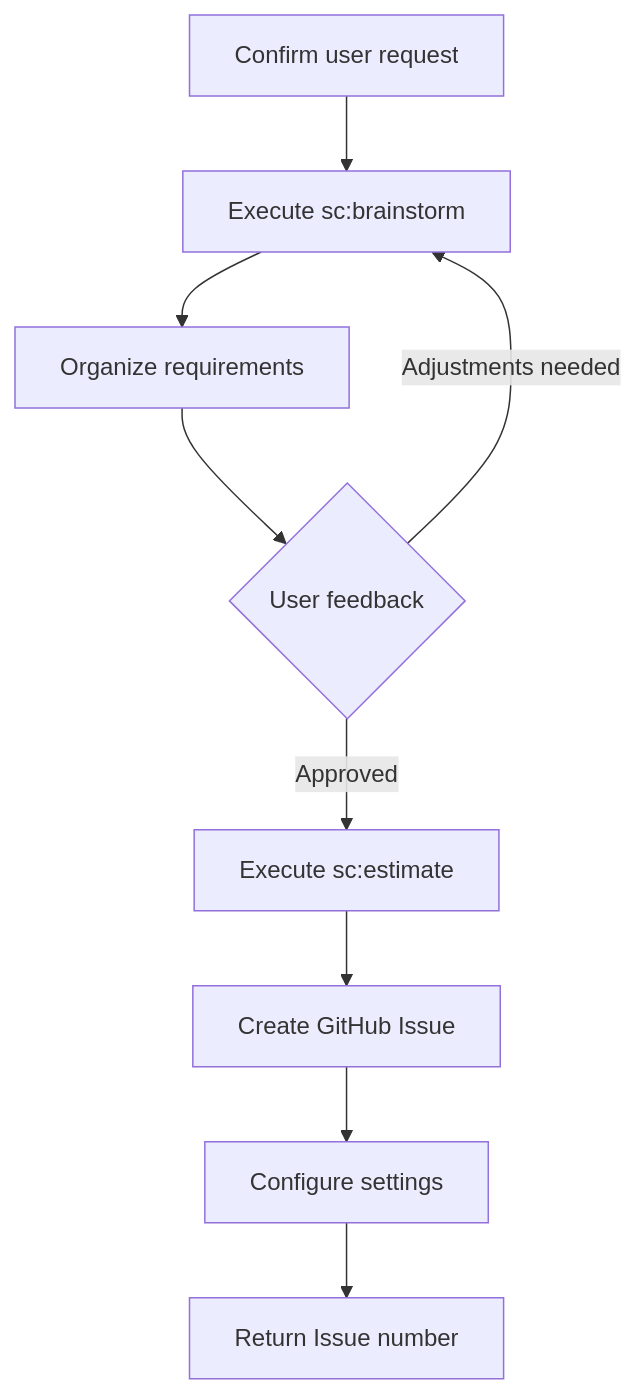
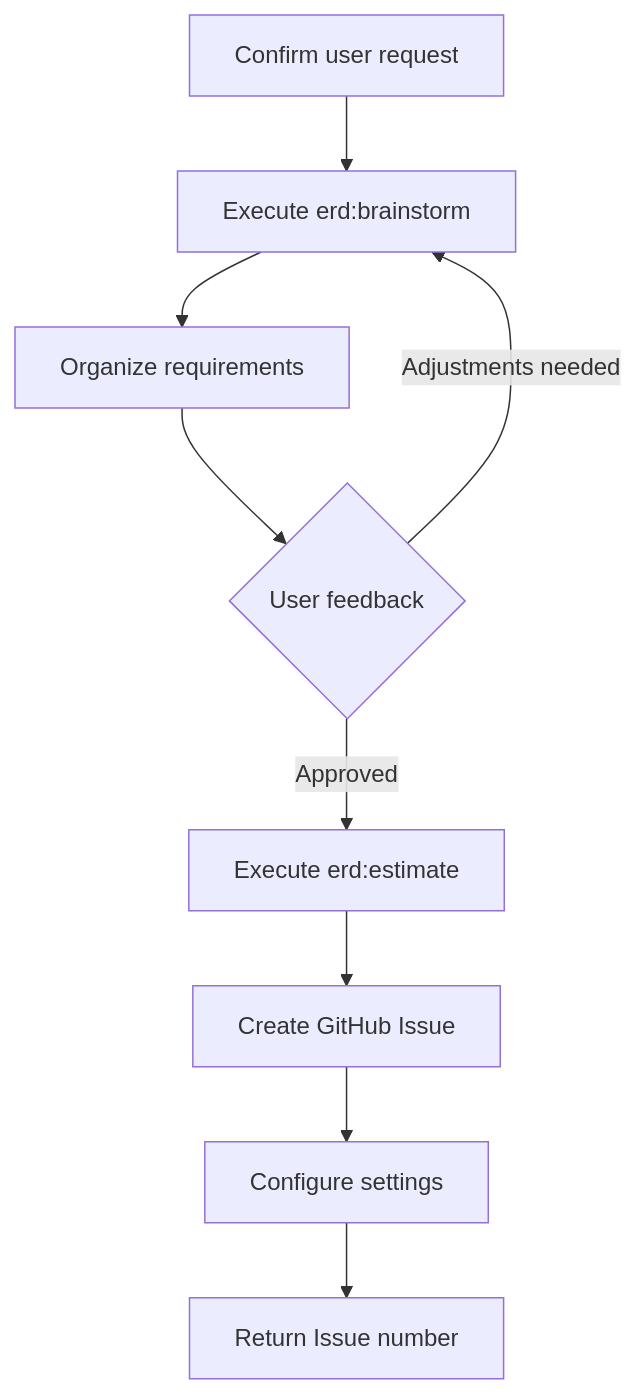
One commit to TE-ToshiakiTanaka2/tarnished changed the diagram in templates/claude/.claude/skills/issue/SKILL.md. Above: the diagram before and after it, drawn with Mermaid. The commit also changed other lines of this file and 43 other files, not shown here.

First line of the commit message:
feat: internalize SuperClaude skills as erd: commands (#241)

````diff
--- a/templates/claude/.claude/skills/issue/SKILL.md
+++ b/templates/claude/.claude/skills/issue/SKILL.md
@@ -145,11 +139,11 @@
 ```mermaid
 graph TD
-    A[Confirm user request] --> B[Execute sc:brainstorm]
+    A[Confirm user request] --> B[Execute erd:brainstorm]
     B --> C[Organize requirements]
     C --> D{User feedback}
     D -->|Adjustments needed| B
-    D -->|Approved| E[Execute sc:estimate]
+    D -->|Approved| E[Execute erd:estimate]
     E --> F[Create GitHub Issue]
     F --> G[Configure settings]
     G --> H[Return Issue number]
 ```
````
